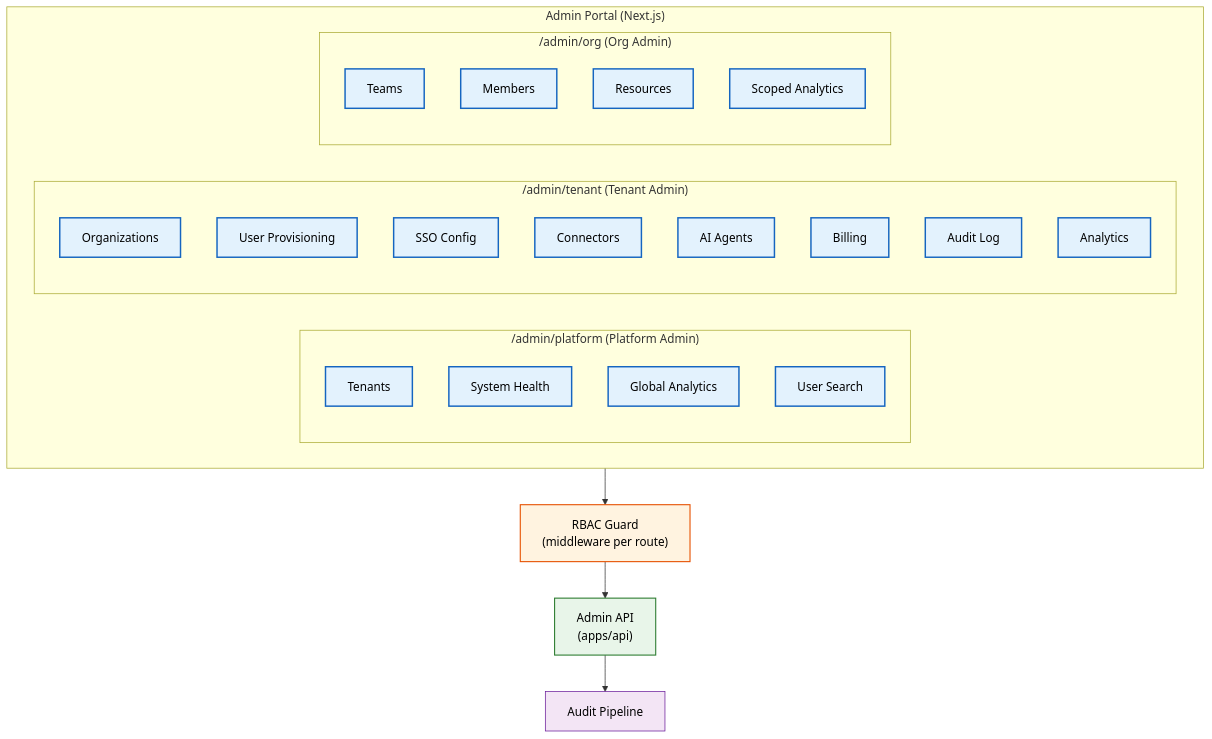
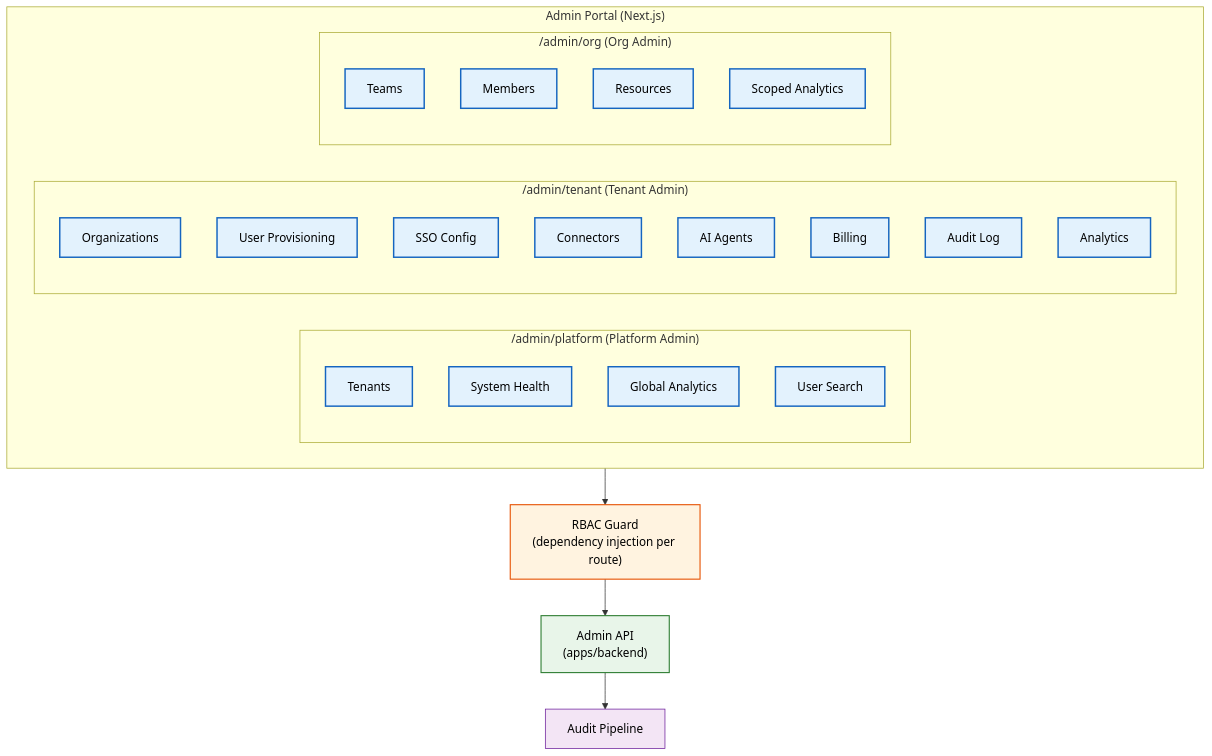
One commit to Driftloom/Vaeloom changed the first of 2 diagrams in docs/enterprise/Admin-Portal.md. Above: the diagram before and after it, drawn with Mermaid. The commit also changed other lines of this file and 159 other files, not shown here.

````diff
--- a/docs/enterprise/Admin-Portal.md
+++ b/docs/enterprise/Admin-Portal.md
@@ -42,38 +62,38 @@
 ```mermaid
 graph TD
     classDef route fill:#e3f2fd,stroke:#1565c0,color:#000,stroke-width:2px
     classDef api fill:#e8f5e9,stroke:#2e7d32,color:#000,stroke-width:1.5px
     classDef guard fill:#fff3e0,stroke:#e65100,color:#000,stroke-width:1.5px
     classDef audit fill:#f3e5f5,stroke:#6a1b9a,color:#000,stroke-width:1px
 
     subgraph Portal["Admin Portal (Next.js)"]
         subgraph Platform["/admin/platform (Platform Admin)"]
             PA1["Tenants"]:::route
             PA2["System Health"]:::route
             PA3["Global Analytics"]:::route
             PA4["User Search"]:::route
         end
         subgraph Tenant["/admin/tenant (Tenant Admin)"]
             TA1["Organizations"]:::route
             TA2["User Provisioning"]:::route
             TA3["SSO Config"]:::route
             TA4["Connectors"]:::route
             TA5["AI Agents"]:::route
             TA6["Billing"]:::route
             TA7["Audit Log"]:::route
             TA8["Analytics"]:::route
         end
         subgraph Org["/admin/org (Org Admin)"]
             OA1["Teams"]:::route
             OA2["Members"]:::route
             OA3["Resources"]:::route
             OA4["Scoped Analytics"]:::route
         end
     end
 
-    GUARD["RBAC Guard<br/>(middleware per route)"]:::guard
-    API["Admin API<br/>(apps/api)"]:::api
+    GUARD["RBAC Guard<br/>(dependency injection per route)"]:::guard
+    API["Admin API<br/>(apps/backend)"]:::api
     AUDIT["Audit Pipeline"]:::audit
 
     Portal --> GUARD --> API --> AUDIT
 ```
````
